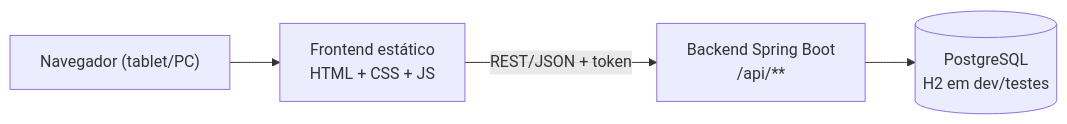
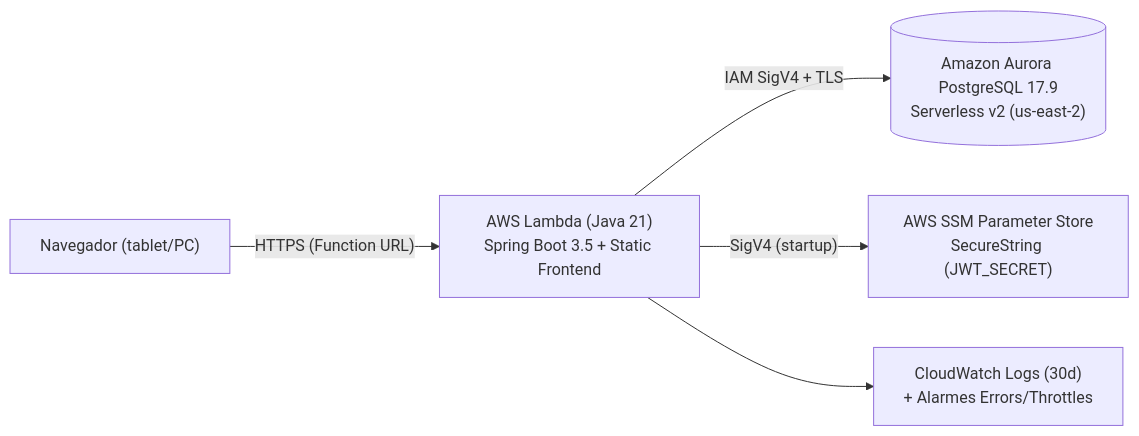
One commit to Igorzon1/SmartProd changed the diagram in docs/06-arquitetura.md. Above: the diagram before and after it, drawn with Mermaid. The commit also changed other lines of this file and 3 other files, not shown here.

````diff
--- a/docs/06-arquitetura.md
+++ b/docs/06-arquitetura.md
@@ -7,6 +7,7 @@
 ```mermaid
 flowchart LR
-  U["Navegador (tablet/PC)"] --> F["Frontend estático<br/>HTML + CSS + JS"]
-  F -- "REST/JSON + token" --> A["Backend Spring Boot<br/>/api/**"]
-  A --> DB[("PostgreSQL<br/>H2 em dev/testes")]
+  U["Navegador (tablet/PC)"] -- "HTTPS (Function URL)" --> L["AWS Lambda (Java 21)<br/>Spring Boot 3.5 + Static Frontend"]
+  L -- "IAM SigV4 + TLS" --> DB[("Amazon Aurora PostgreSQL 17.9<br/>Serverless v2 (us-east-2)")]
+  L -- "SigV4 (startup)" --> SSM["AWS SSM Parameter Store<br/>SecureString (JWT_SECRET)"]
+  L --> CW["CloudWatch Logs (30d)<br/>+ Alarmes Errors/Throttles"]
 ```
````
